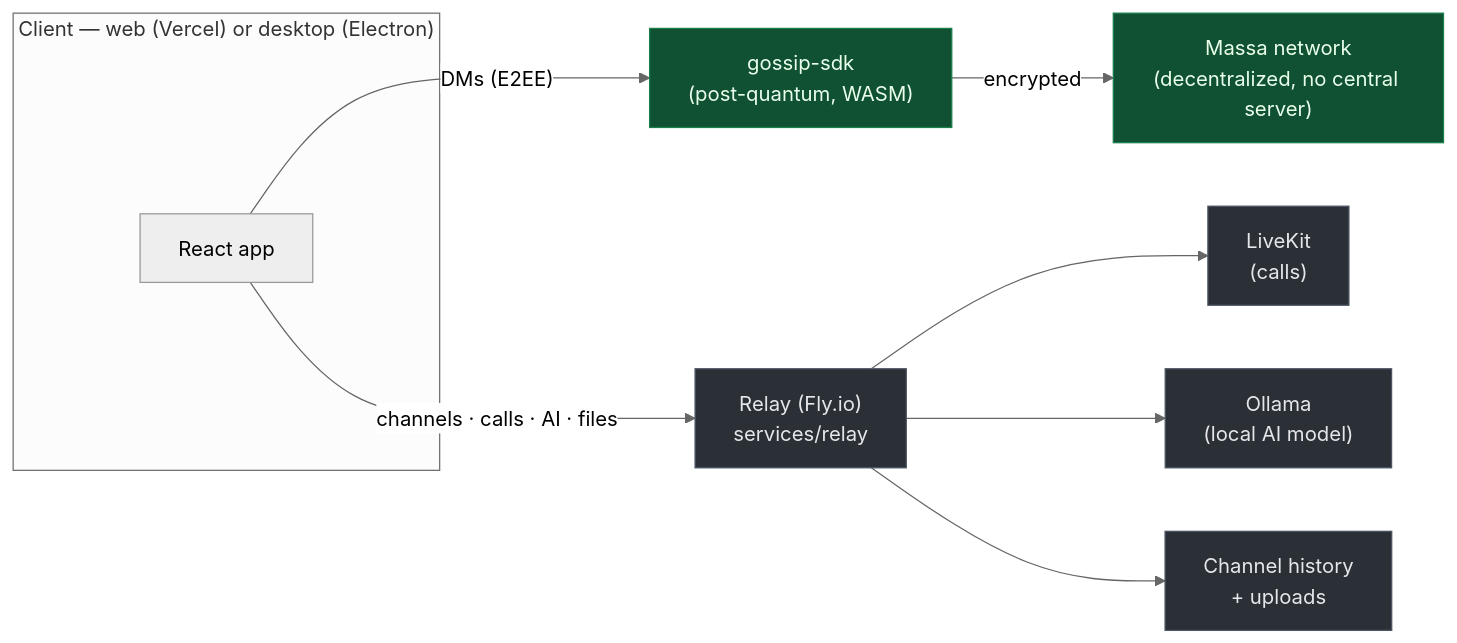
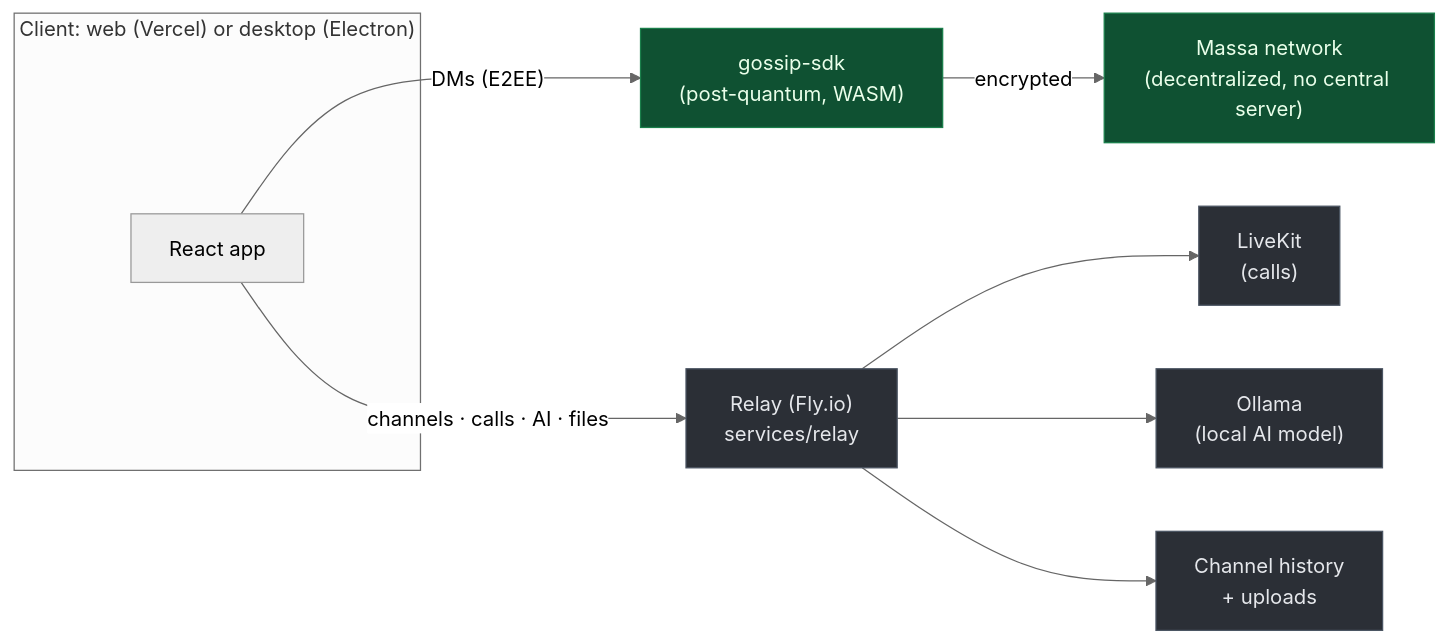
The diagram in README.md (danielgmorosan/umbry), drawn with Mermaid (neutral theme) before and after one commit. The commit also changed other lines of this file, not shown here.

````diff
--- a/README.md
+++ b/README.md
@@ -50,19 +50,19 @@
 ```mermaid
 flowchart LR
-    subgraph client["Client — web (Vercel) or desktop (Electron)"]
+    subgraph client["Client: web (Vercel) or desktop (Electron)"]
         UI["React app"]
     end
 
     UI -- "DMs (E2EE)" --> SDK["gossip-sdk<br/>(post-quantum, WASM)"]
     SDK -- "encrypted" --> Massa["Massa network<br/>(decentralized, no central server)"]
 
     UI -- "channels · calls · AI · files" --> Relay["Relay (Fly.io)<br/>services/relay"]
     Relay --> LK["LiveKit<br/>(calls)"]
     Relay --> AI["Ollama<br/>(local AI model)"]
     Relay --> Store["Channel history<br/>+ uploads"]
 
     classDef e2ee fill:#0f5132,stroke:#1a7f4b,color:#eaffea;
     classDef conf fill:#2b2f36,stroke:#4b5563,color:#e5e7eb;
     class SDK,Massa e2ee;
     class Relay,LK,AI,Store conf;
 ```
````
